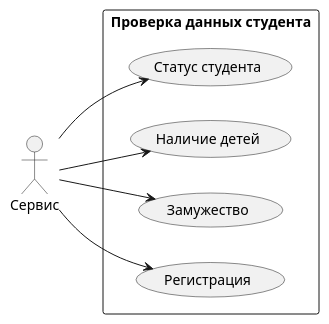
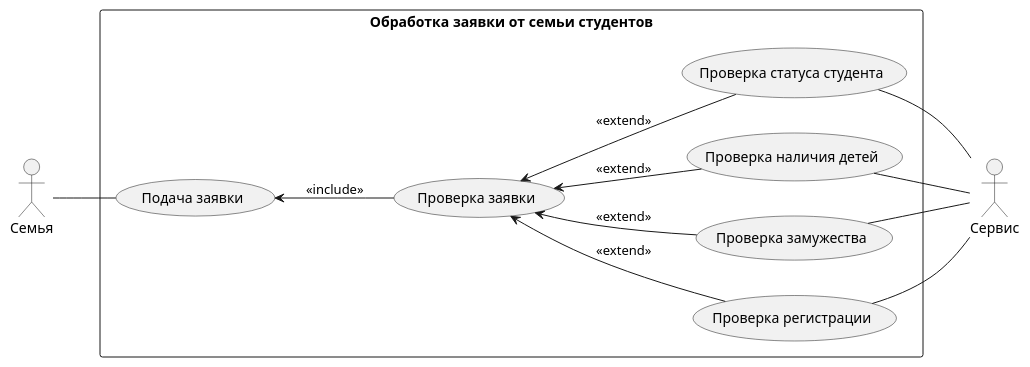
The diagram in Use_case_model.puml (DavydovichYana/student_project), drawn with PlantUML before and after one commit. The commit also changed 3 other files, not shown here.

Commit message:
+ добавлена диаграмма классов + исправлена диаграмма использования

```diff
--- a/Use_case_model.puml
+++ b/Use_case_model.puml
@@ -1,14 +1,28 @@
 @startuml
 left to right direction
 actor "Сервис" as sr
-rectangle "Проверка данных студента" {
-  usecase "Статус студента" as UC1
-  usecase "Наличие детей" as UC2
-  usecase "Замужество" as UC3
-  usecase "Регистрация" as UC4
+actor "Семья" as f
+
+rectangle "Обработка заявки от семьи студентов" {
+  usecase "Проверка заявки" as UC0
+  usecase "Проверка статуса студента" as UC1
+  usecase "Проверка наличия детей" as UC2
+  usecase "Проверка замужества" as UC3
+  usecase "Проверка регистрации" as UC4
+  usecase "Подача заявки" as UC5
 }
-sr --> UC1
-sr --> UC2
-sr --> UC3
-sr --> UC4
+
+f -- UC5
+
+UC1 -- sr
+UC2 -- sr
+UC3 -- sr
+UC4 -- sr
+
+UC5 <-- UC0 : <<include>>
+
+UC0 <-- UC1 : <<extend>>
+UC0 <-- UC2 : <<extend>>
+UC0 <-- UC3 : <<extend>>
+UC0 <-- UC4 : <<extend>>
 @enduml
```
